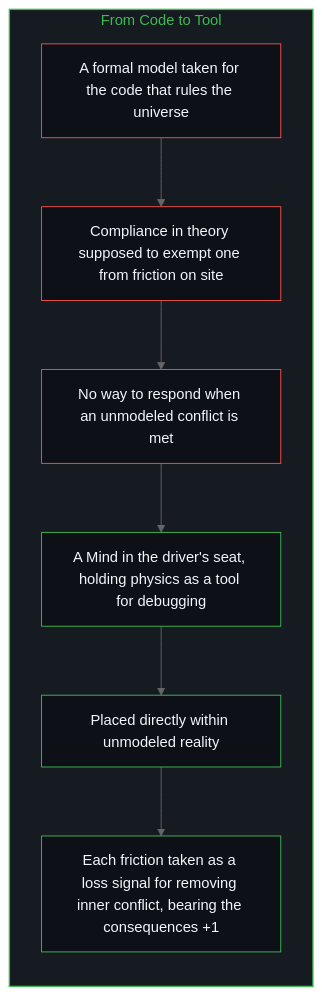
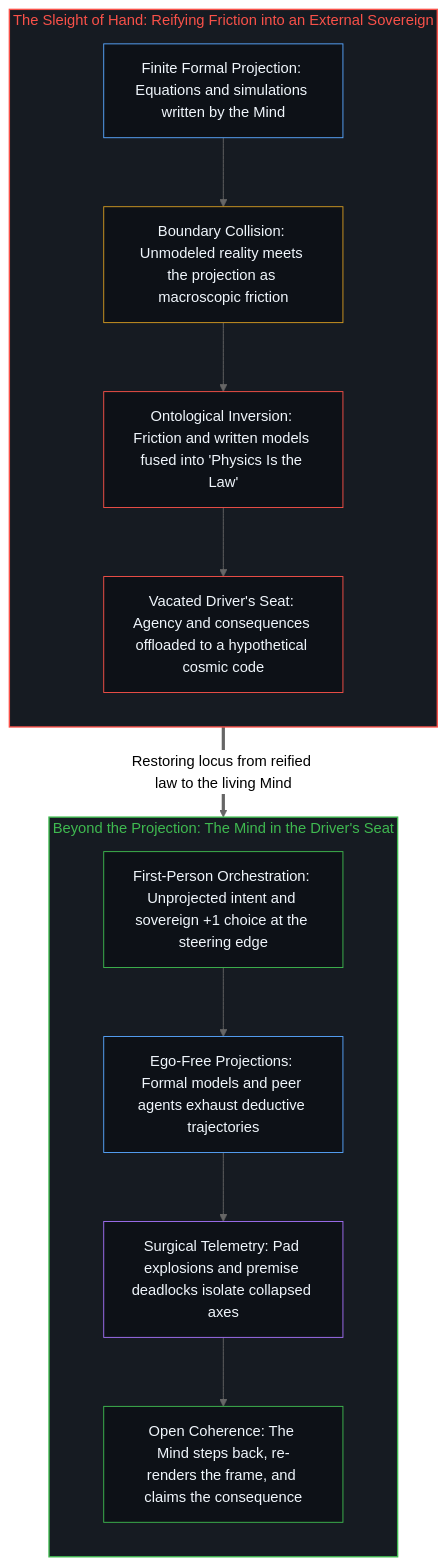
Before and after one commit to powerpig99/not-a-toe: the second of 2 diagrams in content/posts/the-sleight-of-hand-in-physics-is-the-law-and-the-friction-of-reality.md, drawn with Mermaid (neutral theme). The commit also changed other lines of this file and 1 other file, not shown here.

Commit message:
Sleep Wave 3 (L2 #63): Refine the-sleight-of-hand-in-physics-is-the-law-and-the-friction-of-reality

````diff
--- a/content/posts/the-sleight-of-hand-in-physics-is-the-law-and-the-friction-of-reality.md
+++ b/content/posts/the-sleight-of-hand-in-physics-is-the-law-and-the-friction-of-reality.md
@@ -295,25 +117,33 @@
 ```mermaid
 flowchart TD
-    subgraph S_Seat["From Code to Tool"]
+    subgraph S_Sleight["The Sleight of Hand: Reifying Friction into an External Sovereign"]
         direction TB
-        Code["A formal model taken for the code that rules the universe"]
-        Exempt["Compliance in theory supposed to exempt one from friction on site"]
-        Lost["No way to respond when an unmodeled conflict is met"]
-        Tool["A Mind in the driver's seat, holding physics as a tool for debugging"]
-        Expose["Placed directly within unmodeled reality"]
-        Cohere["Each friction taken as a loss signal for removing inner conflict, bearing the consequences +1"]
-        Code --> Exempt
-        Exempt --> Lost
-        Lost --> Tool
-        Tool --> Expose
-        Expose --> Cohere
+        S1["Finite Formal Projection: Equations and simulations written by the Mind"]
+        S2["Boundary Collision: Unmodeled reality meets the projection as macroscopic friction"]
+        S3["Ontological Inversion: Friction and written models fused into 'Physics Is the Law'"]
+        S4["Vacated Driver's Seat: Agency and consequences offloaded to a hypothetical cosmic code"]
+        S1 --> S2 --> S3 --> S4
     end
 
-    style S_Seat fill:#161b22,stroke:#3fb950,stroke-width:1.5px,color:#3fb950
-    style Code fill:#0d1117,stroke:#f85149,stroke-width:1px,color:#f0f6fc
-    style Exempt fill:#0d1117,stroke:#f85149,stroke-width:1px,color:#f0f6fc
-    style Lost fill:#0d1117,stroke:#f85149,stroke-width:1px,color:#f0f6fc
-    style Tool fill:#0d1117,stroke:#3fb950,stroke-width:1px,color:#f0f6fc
-    style Expose fill:#0d1117,stroke:#3fb950,stroke-width:1px,color:#f0f6fc
-    style Cohere fill:#0d1117,stroke:#3fb950,stroke-width:1px,color:#f0f6fc
+    subgraph S_Driver["Beyond the Projection: The Mind in the Driver's Seat"]
+        direction TB
+        D1["First-Person Orchestration: Unprojected intent and sovereign +1 choice at the steering edge"]
+        D2["Ego-Free Projections: Formal models and peer agents exhaust deductive trajectories"]
+        D3["Surgical Telemetry: Pad explosions and premise deadlocks isolate collapsed axes"]
+        D4["Open Coherence: The Mind steps back, re-renders the frame, and claims the consequence"]
+        D1 --> D2 --> D3 --> D4
+    end
+
+    S4 ==>|"Restoring locus from reified law to the living Mind"| D1
+
+    style S_Sleight fill:#161b22,stroke:#f85149,stroke-width:1.5px,color:#f85149
+    style S_Driver fill:#161b22,stroke:#3fb950,stroke-width:1.5px,color:#3fb950
+    style S1 fill:#0d1117,stroke:#58a6ff,stroke-width:1px,color:#f0f6fc
+    style S2 fill:#0d1117,stroke:#d29922,stroke-width:1px,color:#f0f6fc
+    style S3 fill:#0d1117,stroke:#f85149,stroke-width:1px,color:#f0f6fc
+    style S4 fill:#0d1117,stroke:#f85149,stroke-width:1px,color:#f0f6fc
+    style D1 fill:#0d1117,stroke:#3fb950,stroke-width:1px,color:#f0f6fc
+    style D2 fill:#0d1117,stroke:#58a6ff,stroke-width:1px,color:#f0f6fc
+    style D3 fill:#0d1117,stroke:#a371f7,stroke-width:1px,color:#f0f6fc
+    style D4 fill:#0d1117,stroke:#3fb950,stroke-width:1px,color:#f0f6fc
 ```
````
